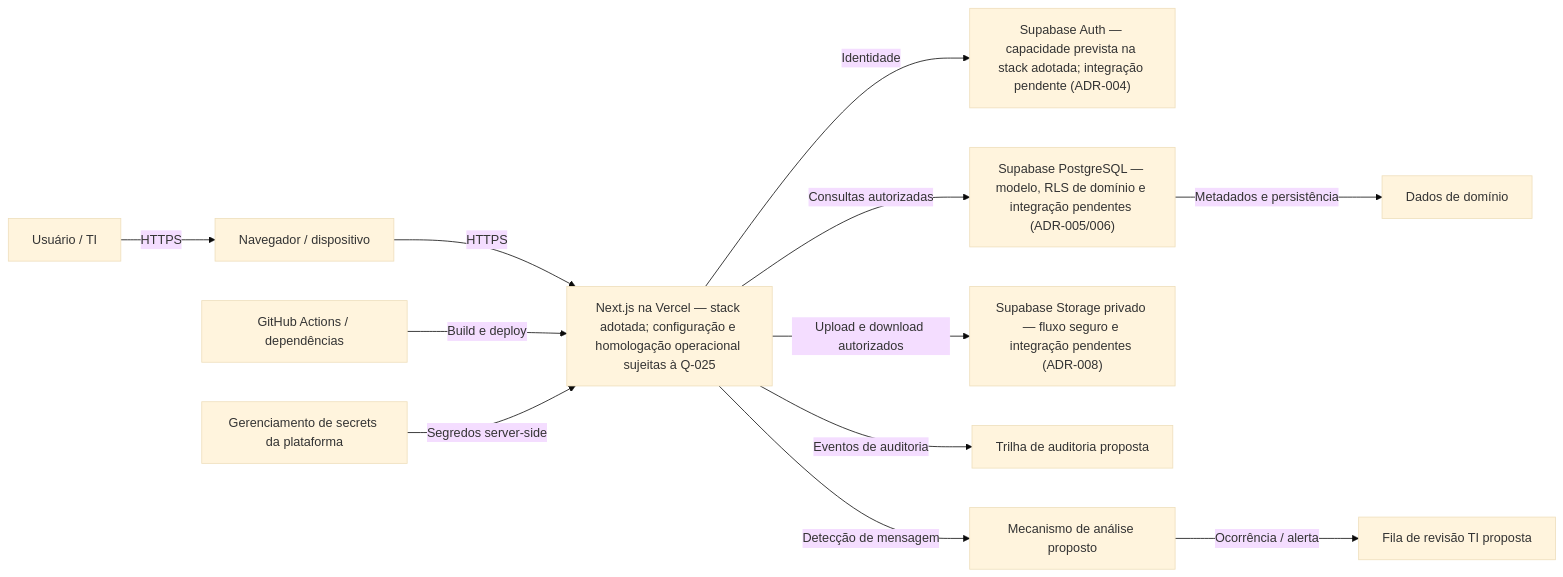
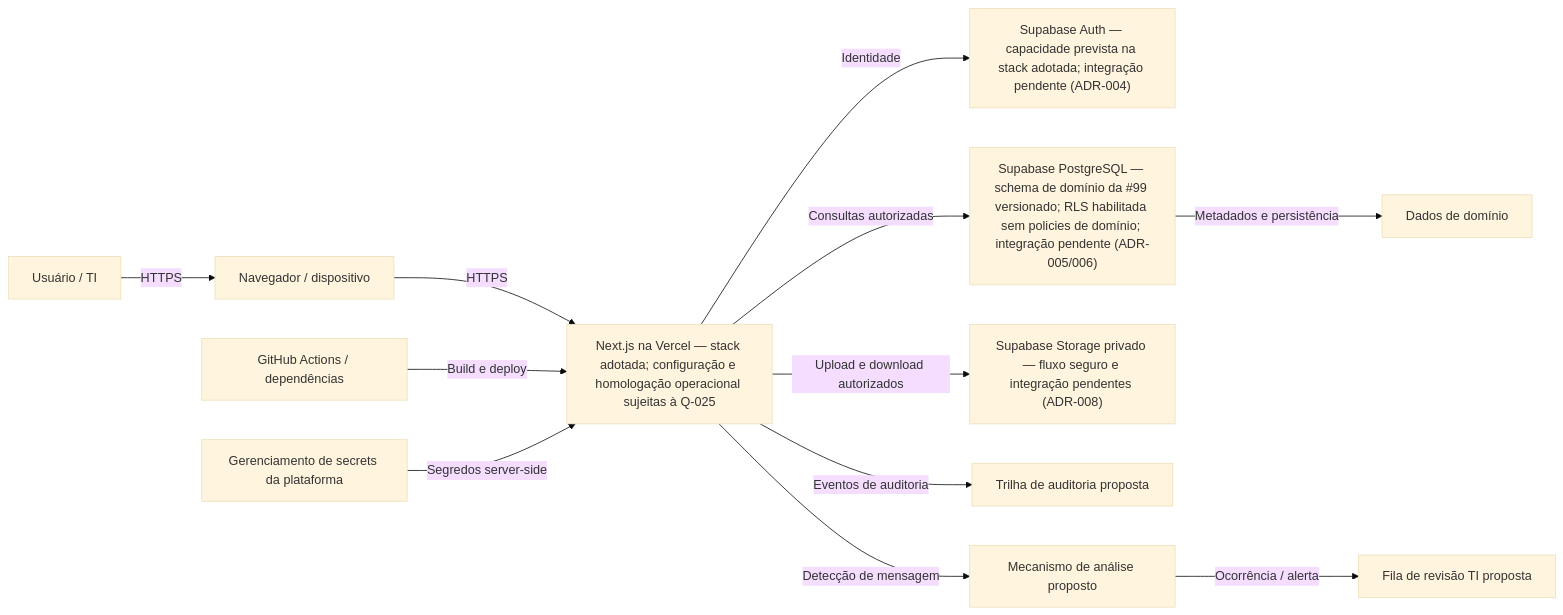
Before and after one commit to Aluvioz/Polychat: the diagram in docs/security/issue-125-modelo-de-ameacas.md, drawn with Mermaid (base theme). The commit also changed other lines of this file, not shown here.

```diff
--- a/docs/security/issue-125-modelo-de-ameacas.md
+++ b/docs/security/issue-125-modelo-de-ameacas.md
@@ -127,14 +131,14 @@
 ~~~mermaid
 flowchart LR
     U["Usuário / TI"] -->|HTTPS| B["Navegador / dispositivo"]
     B -->|HTTPS| V["Next.js na Vercel — stack adotada; configuração e homologação operacional sujeitas à Q-025"]
     V -->|Identidade| A["Supabase Auth — capacidade prevista na stack adotada; integração pendente (ADR-004)"]
-    V -->|Consultas autorizadas| P["Supabase PostgreSQL — modelo, RLS de domínio e integração pendentes (ADR-005/006)"]
+    V -->|Consultas autorizadas| P["Supabase PostgreSQL — schema de domínio da #99 versionado; RLS habilitada sem policies de domínio; integração pendente (ADR-005/006)"]
     V -->|Upload e download autorizados| S["Supabase Storage privado — fluxo seguro e integração pendentes (ADR-008)"]
     P -->|Metadados e persistência| D["Dados de domínio"]
     V -->|Eventos de auditoria| L["Trilha de auditoria proposta"]
     V -->|Detecção de mensagem| M["Mecanismo de análise proposto"]
     M -->|Ocorrência / alerta| Q["Fila de revisão TI proposta"]
     CI["GitHub Actions / dependências"] -->|Build e deploy| V
     K["Gerenciamento de secrets da plataforma"] -->|Segredos server-side| V
 ~~~
```
